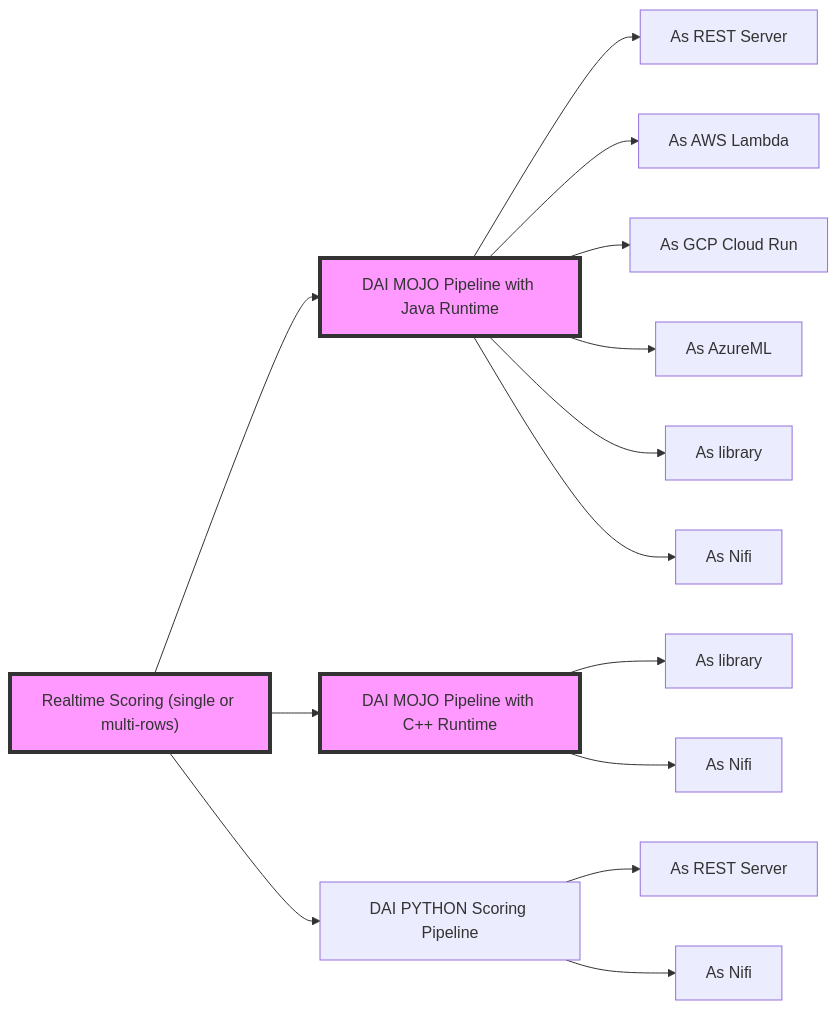
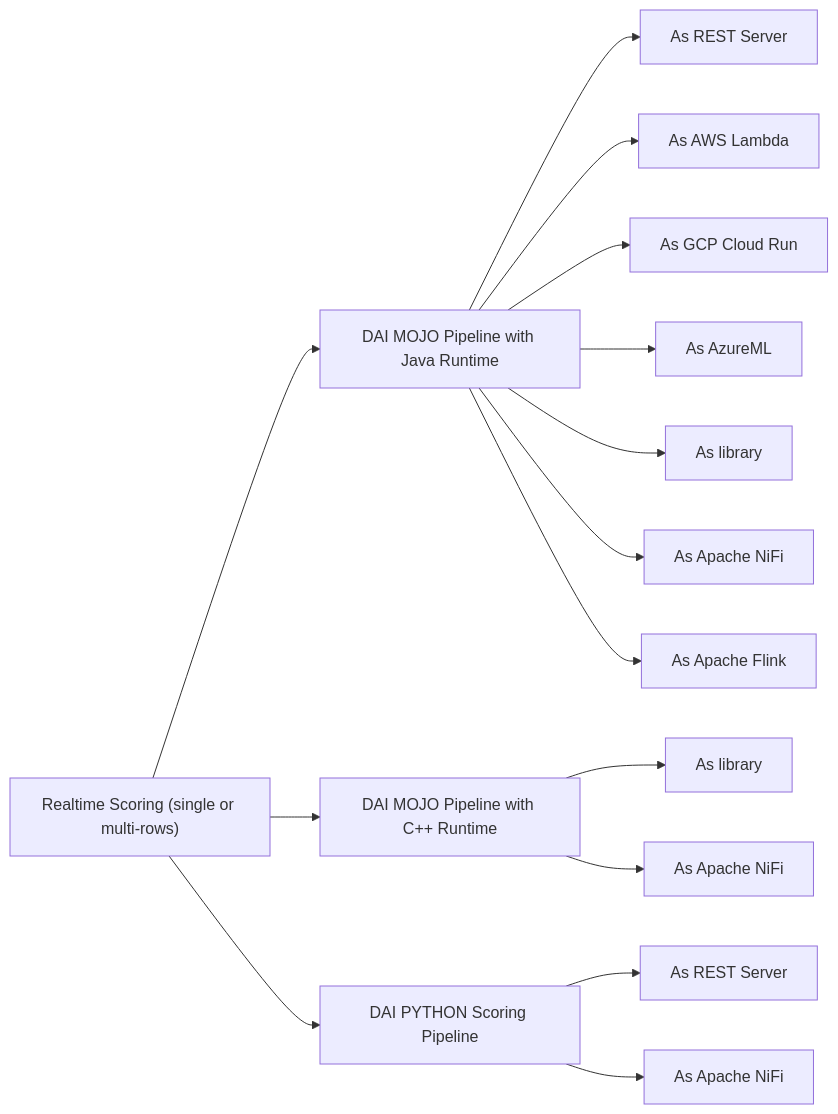
Before and after one commit to h2oai/mlops-dai-runtimes: the first of 3 diagrams in docs/index.md, drawn with Mermaid. The commit also changed other lines of this file, not shown here.

Commit message:
added links to diagram

````diff
--- a/docs/index.md
+++ b/docs/index.md
@@ -10,23 +10,28 @@
 ```mermaid
 graph LR;
   
   A["Realtime Scoring (single or multi-rows)"]-->AA[DAI MOJO Pipeline with Java Runtime];
   A-->AB[DAI MOJO Pipeline with C++ Runtime];
   A-->AC[DAI PYTHON Scoring Pipeline];
   
   AA-->AAA["As REST Server"]
   AA-->AAB["As AWS Lambda"]
   AA-->AAC["As GCP Cloud Run"]
   AA-->AAD["As AzureML"]
   AA-->AAE["As library"]
-  AA-->AAF["As Nifi "]
+  AA-->AAF["As Apache NiFi "]
+  AA-->AAG["As Apache Flink"]
   
   AB-->ABA["As library"]
-  AB-->ABB["As Nifi "]
+  AB-->ABB["As Apache NiFi "]
   
   AC-->ACA["As REST Server"]
-  AC-->ACB["As Nifi "]
+  AC-->ACB["As Apache NiFi"]
   
-  classDef className fill:#f9f,stroke:#333,stroke-width:4px;
-  class A,AA,AB className;
+  click AAA "./local-rest-scorer"
+  click AAB "./aws_lambda_scorer"
+  click AAC "./gcp"
+  click AAF "https://github.com/james94/dai-deployment-examples/tree/mojo-nifi/mojo-nifi"
+  click AAG "https://github.com/h2oai/dai-deployment-examples/tree/master/mojo-flink"
+  
 ```
````
